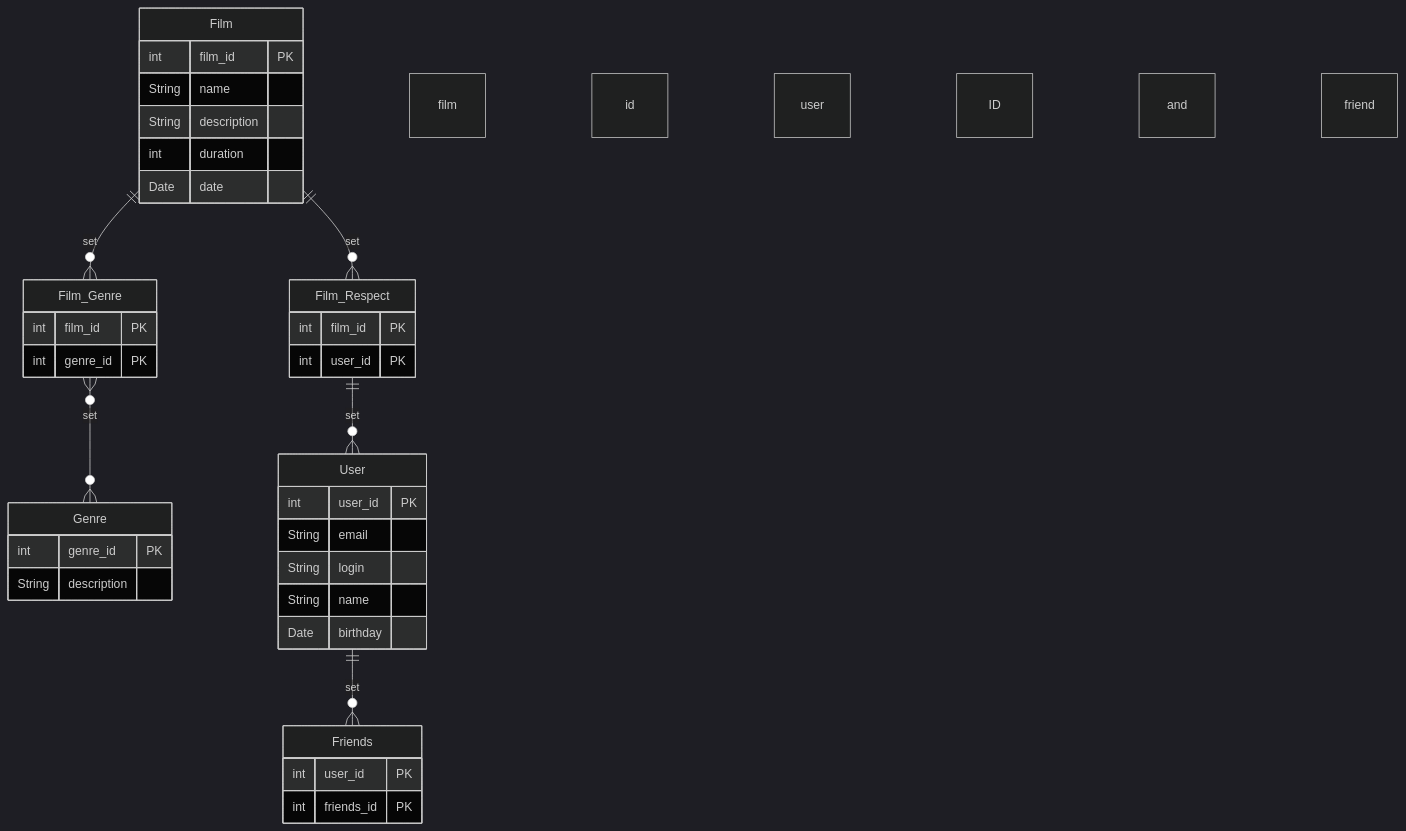
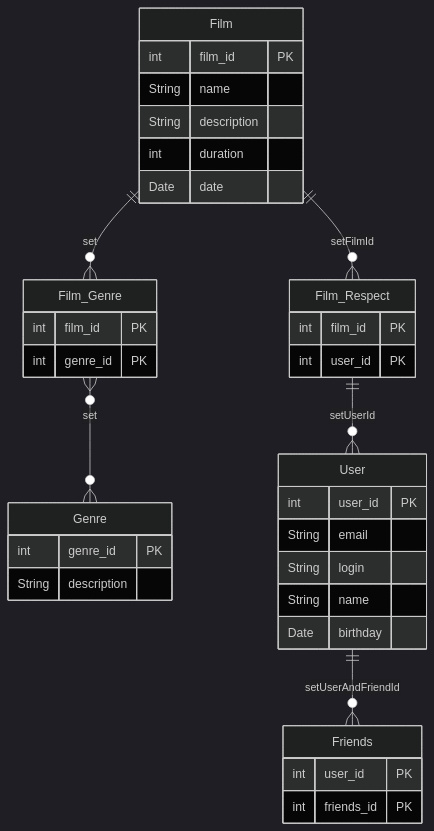
Before and after one commit to RedStarMisha/java-filmorate: the diagram in README.md, drawn with Mermaid (dark theme).

Commit message:
Style: правки по замечаниям ревьюера

````diff
--- a/README.md
+++ b/README.md
@@ -4,38 +4,38 @@
 ```mermaid
 erDiagram
 Film_Genre {
     int film_id PK
     int genre_id PK
     }
     Film_Genre }o--o{ Genre : set
 Genre {
     int genre_id PK
     String description
     }
     Film ||--o{ Film_Genre : set
 Film {
     int film_id PK
     String name
     String description
     int duration
     Date date
     }
-    Film ||--o{ Film_Respect:set film id
+    Film ||--o{ Film_Respect:setFilmId
 Film_Respect {
     int film_id PK
     int user_id PK
     }
-    Film_Respect ||--o{ User : set user ID
+    Film_Respect ||--o{ User : setUserId
     User {
     int user_id PK
     String email
     String login
     String name
     Date birthday
     }
-    User ||--o{ Friends : set user and friend ID
+    User ||--o{ Friends : setUserAndFriendId
     Friends {
     int user_id PK
     int friends_id PK
     }
 ```
````
